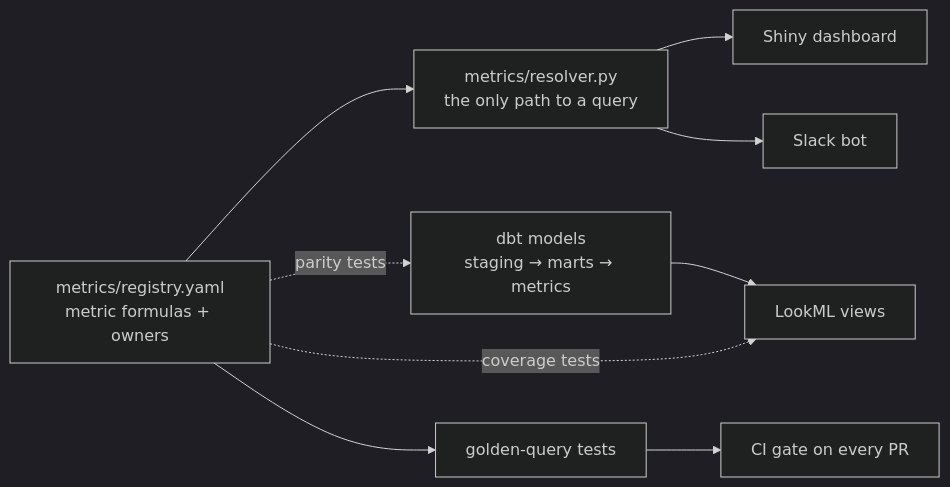
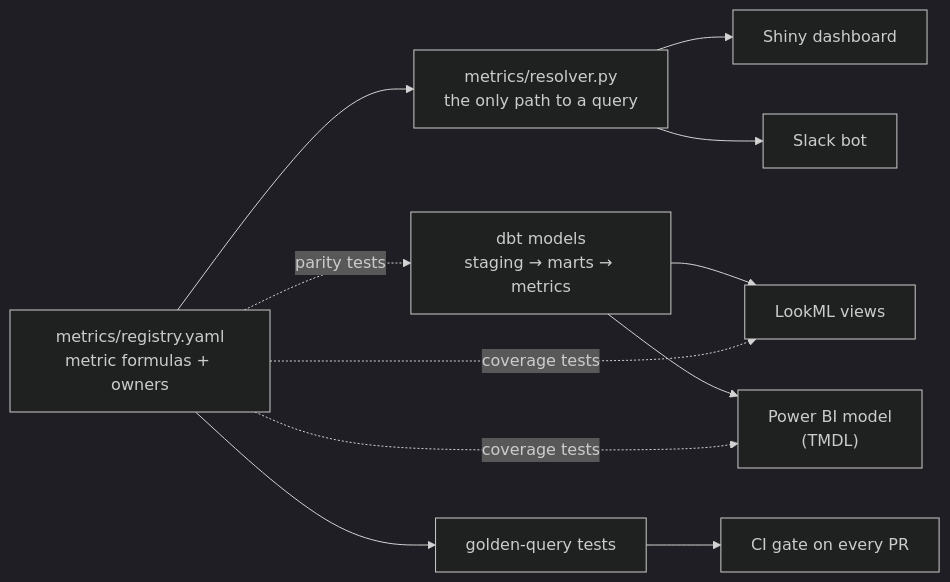
One commit to davidayala16/bi-framework changed the diagram in README.md. Above: the diagram before and after it, drawn with Mermaid (dark theme). The commit also changed other lines of this file and 31 other files, not shown here.

First line of the commit message:
Add working Power BI layer: PBIP project with a TMDL semantic model

````diff
--- a/README.md
+++ b/README.md
@@ -15,10 +15,12 @@
 ```mermaid
 flowchart LR
     REG["metrics/registry.yaml<br/>metric formulas + owners"] --> RES["metrics/resolver.py<br/>the only path to a query"]
     RES --> SHINY["Shiny dashboard"]
     RES --> SLACK["Slack bot"]
     DBT["dbt models<br/>staging → marts → metrics"] --> LOOKER["LookML views"]
+    DBT --> PBI["Power BI model<br/>(TMDL)"]
     REG -.parity tests.-> DBT
     REG -.coverage tests.-> LOOKER
+    REG -.coverage tests.-> PBI
     REG --> TESTS["golden-query tests"] --> CI["CI gate on every PR"]
 ```
````
